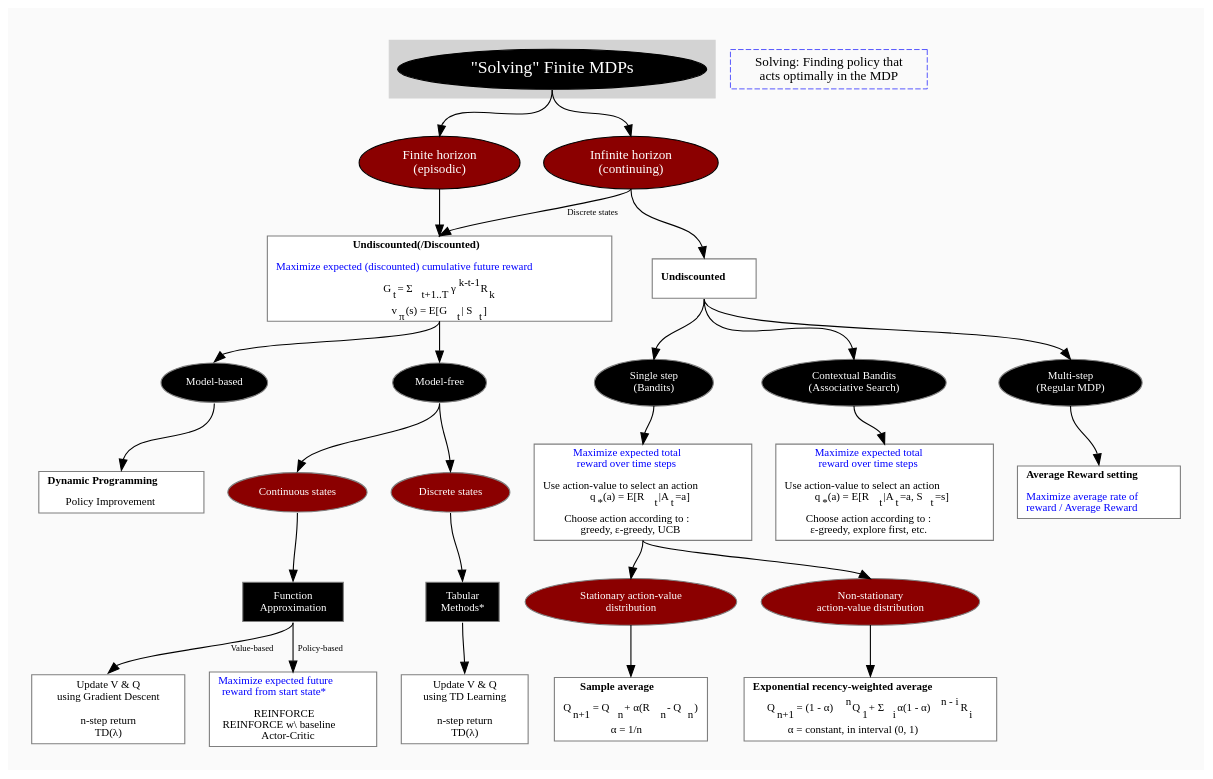
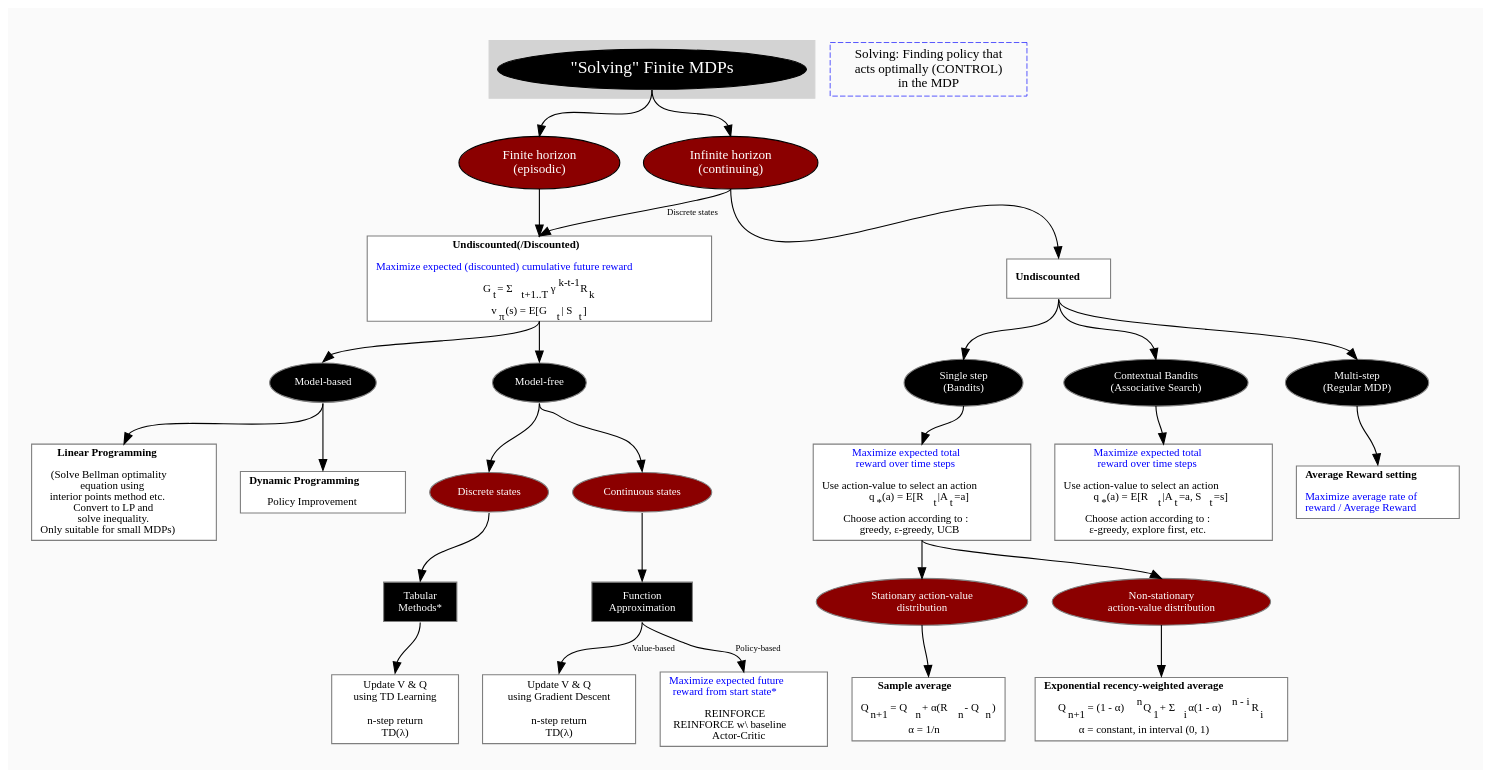
Before and after one commit to amy12xx/ml_notes_and_reports: the diagram in solving_mdps_with_model_free_rl/solving_mdps_with_model_free_rl.dot, drawn with Graphviz. The commit also changed 1 other file, not shown here.

```diff
--- a/solving_mdps_with_model_free_rl/solving_mdps_with_model_free_rl.dot
+++ b/solving_mdps_with_model_free_rl/solving_mdps_with_model_free_rl.dot
@@ -1,188 +1,196 @@
 digraph G {
 splines=true
 bgcolor=grey98
 pad=0.3
 style=filled
 edge[minlen=2]
 edge[headport=n, tailport=s, label=""]
 node[style=filled, fontcolor=white]
 ranksep=0.1
 nodesep=0.3
 
 
 // LEVEL 1
 subgraph cluster_0 {
 style=filled
 color=lightgrey
 fontsize=12
 node[fillcolor=black, fontcolor=white, fontsize=16]
 a1[label="\"Solving\" Finite MDPs"]
 //label = "Solving \: finding policy that acts optimally\n in the MDP";
 //labelloc = "b";
 }
 
 
 // LEVEL 2
 node[fillcolor=red4, fontsize=12]
 b1[label="Finite horizon \n(episodic)"]
 node[fillcolor=red4, fontsize=12]
 b2[label="Infinite horizon \n(continuing)"]
 a1-> b1
 a1-> b2
 
 
 // LEVEL 3
 node[fontcolor=black, fontsize=10]
 node[shape=box, fillcolor=white, color=grey50]
 c1[label=<<b>Undiscounted(/Discounted)</b> <br/><br/>
 <font color="blue">Maximize expected (discounted) cumulative future reward</font>
 <br/><br/>
 G<sub>t</sub> = &Sigma;<sub>t+1..T</sub>&gamma;<sup>k-t-1</sup>R<sub>k</sub>
 <br/><br/>
 v<sub>&pi;</sub>(s) = E[G<sub>t</sub> | S<sub>t</sub>]
 >]
 node[shape=box, fillcolor=white, color=grey50]
 c3[label=<<b>Undiscounted</b>>]
 edge[headport=n, tailport=s, label="", style=filled]
 b1-> c1
 edge[label="Discrete states", fontsize=8]
 b2-> c1
 edge[label="", fontsize=8]
 b2-> c3
 
 
 node[fillcolor=black, fontsize=10, shape=ellipse, fontcolor=white]
 k1[label="Model-based"]
 node[fillcolor=black, fontsize=10, shape=ellipse, fontcolor=white]
 k2[label="Model-free"]
 c1-> k1
 c1-> k2
 
 // LEVEL 4
 node[style="filled", shape=ellipse, fillcolor=red4, fontcolor=white, fontsize=10]
+d1[label="Discrete states"]
+node[style="filled", shape=ellipse, fillcolor=red4, fontcolor=white, fontsize=10]
 d2[label="Continuous states"]
-node[style="filled", shape=ellipse, fillcolor=red4, fontcolor=white, fontsize=10]
-d1[label="Discrete states"]
 k2-> d1
 k2-> d2
 
 node[fontcolor=black, fontsize=10]
 node[shape=box, fillcolor=white, color=grey50]
-l1[label=<<b>Dynamic Programming</b> <br/><br/>
+l1[label=<<b>Linear Programming</b> <br/><br/>
+(Solve Bellman optimality <br/>equation using <br/>interior points method etc.<br/>Convert to LP and<br/> solve inequality.
+<br/>Only suitable for small MDPs)
+>]
+k1-> l1
+node[fontcolor=black, fontsize=10]
+node[shape=box, fillcolor=white, color=grey50]
+l2[label=<<b>Dynamic Programming</b> <br/><br/>
 Policy Improvement
 >]
-k1-> l1
+k1-> l2
+
 
 // LEVEL 5
 node[fillcolor=black, fontcolor=white, fontsize=10]
 e1[label="Tabular \nMethods\*"]
 d1-> e1
 
 node[fillcolor=black, fontcolor=white, fontsize=10]
 e2[label="Function \nApproximation"]
 d2-> e2
 
 
 // LEVEL 6
 node[fillcolor=white, fontcolor=black, shape=box, fontsize=10]
 f1[label="Update V & Q \nusing TD Learning \n \nn\-step return \nTD\(&lambda;\)"]
 e1-> f1
 
 node[fillcolor=white, fontcolor=black, shape=box, fontsize=10]
 f2[label="Update V & Q \nusing Gradient Descent \n \nn\-step return \nTD\(&lambda;\)"]
 edge[label="Value-based", fontsize=8]
 e2-> f2
 
 node[fillcolor=white, fontcolor=black, shape=box, fontsize=10]
 f3[label=<
 <font color="blue">Maximize expected future <br/>
 reward from start state* </font> <br/><br/> REINFORCE <br/>REINFORCE w\ baseline <br/>Actor-Critic
 >]
 edge[label="Policy-based", fontsize=8]
 e2-> f3
 
 
 node[fillcolor=black, shape=ellipse, fontcolor=white, fontsize=10]
 g1[label="Single step \n \(Bandits\)"]
 edge[label="", minlen=2]
 c3-> g1
 
 node[fillcolor=black, shape=ellipse, fontcolor=white, fontsize=10]
 g2[label="Contextual Bandits \n(Associative Search)"]
 edge[label="", minlen=2]
 c3-> g2
 
 node[fillcolor=black, shape=ellipse, fontcolor=white, fontsize=10]
 g3[label="Multi\-step \n\(Regular MDP\)"]
 edge[label="", minlen=2]
 c3-> g3
 
 
 node[fillcolor=white, fontcolor=black, shape=box, fontsize=10]
 h1[label=<<font color="blue">Maximize expected total <BR/>
 reward over time steps </font><BR/><BR/>
 Use action-value to select an action <BR/>
 q<sub>*</sub>(a) = E[R<sub>t</sub>|A<sub>t</sub>=a]
 <br/><br/>
 Choose action according to :<br/>
 greedy, &epsilon;-greedy, UCB
 >]
 edge[headport=n, tailport=s, label="", fontsize=8]
 g1-> h1
 
 node[fillcolor=white, fontcolor=black, shape=box, fontsize=10]
 h2[label=<<font color="blue">Maximize expected total <BR/>
 reward over time steps </font><BR/><BR/>
 Use action-value to select an action <BR/>
 q<sub>*</sub>(a) = E[R<sub>t</sub>|A<sub>t</sub>=a, S<sub>t</sub>=s]
 <br/><br/>
 Choose action according to :<br/>
 &epsilon;-greedy, explore first, etc.
 >]
 edge[headport=n, tailport=s, label="", fontsize=8]
 g2-> h2
 
 node[style="filled", shape=ellipse, fillcolor=red4, fontcolor=white, fontsize=10]
 i1[label="Stationary action-value \ndistribution"]
 node[style="filled", shape=ellipse, fillcolor=red4, fontcolor=white, fontsize=10]
 i2[label="Non-stationary \naction-value distribution"]
 h1-> i1
 h1-> i2
 
 node[fillcolor=white, fontcolor=black, shape=box, fontsize=10]
 j1[label=<
 <B>Sample average</B> <BR/><BR/>
 Q<sub>n+1</sub> = Q<sub>n</sub> + &alpha;(R<sub>n</sub> - Q<sub>n</sub>)
 <BR/><BR/>
 &alpha; = 1/n
 >]
 edge[label="", fontsize=8]
 i1-> j1
 
 node[fillcolor=white, fontcolor=black, shape=box, fontsize=10]
 j2[label=<
 <B>Exponential recency-weighted average</B><BR/><BR/>
 Q<sub>n+1</sub> = (1 - &alpha;)<sup>n</sup>Q<sub>1</sub> + &Sigma;<sub>i</sub> &alpha;(1 - &alpha;)<sup>n - i</sup>R<sub>i</sub>
 <BR/><BR/>
 &alpha; = constant, in interval (0, 1)
 >]
 edge[label="", fontsize=8]
 i2-> j2
 
 node[fillcolor=white, fontcolor=black, shape=box, fontsize=10]
 h3[label=<
 <b>Average Reward setting</b>
 <br/><br/>
 <font color="blue">Maximize average rate of <br/> reward / Average Reward</font>
 >]
 edge[label="", fontsize=8]
 g3-> h3
 
 // REMARQUES EN BLEU
 node[color=blue, shape=box, margin=0.07, fontcolor=black, fontsize=12, style="dashed", penwidth=0.6]
 //edge[color=blue, arrowhead="none", xlabel="", style="dashed", penwidth=0.6]
- r1[label="Solving: Finding policy that \n acts optimally in the MDP"]
+ r1[label="Solving: Finding policy that \n acts optimally (CONTROL) \nin the MDP\n"]
 // {rank=same;->r1}
 // {rank=same;r1->[dir=back]}
 
 }
```
